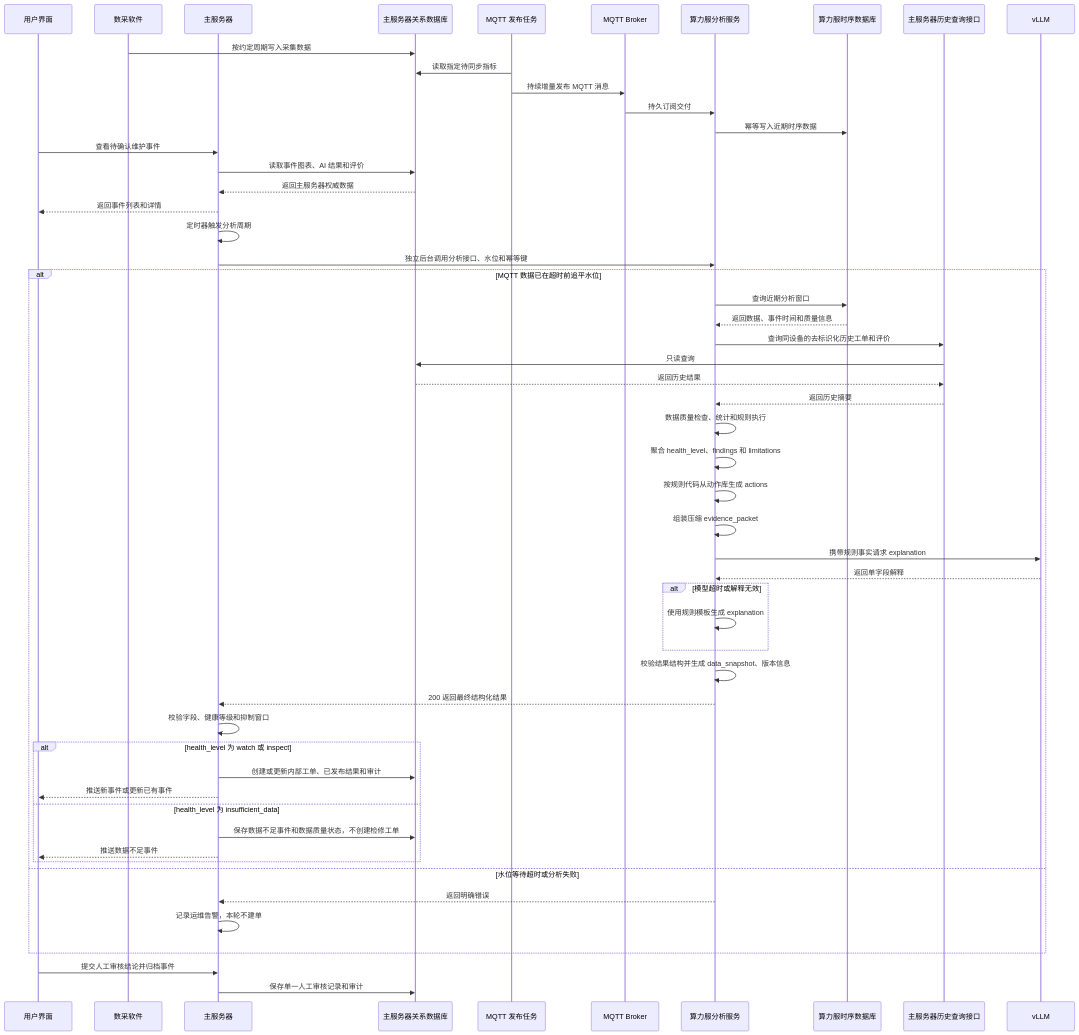
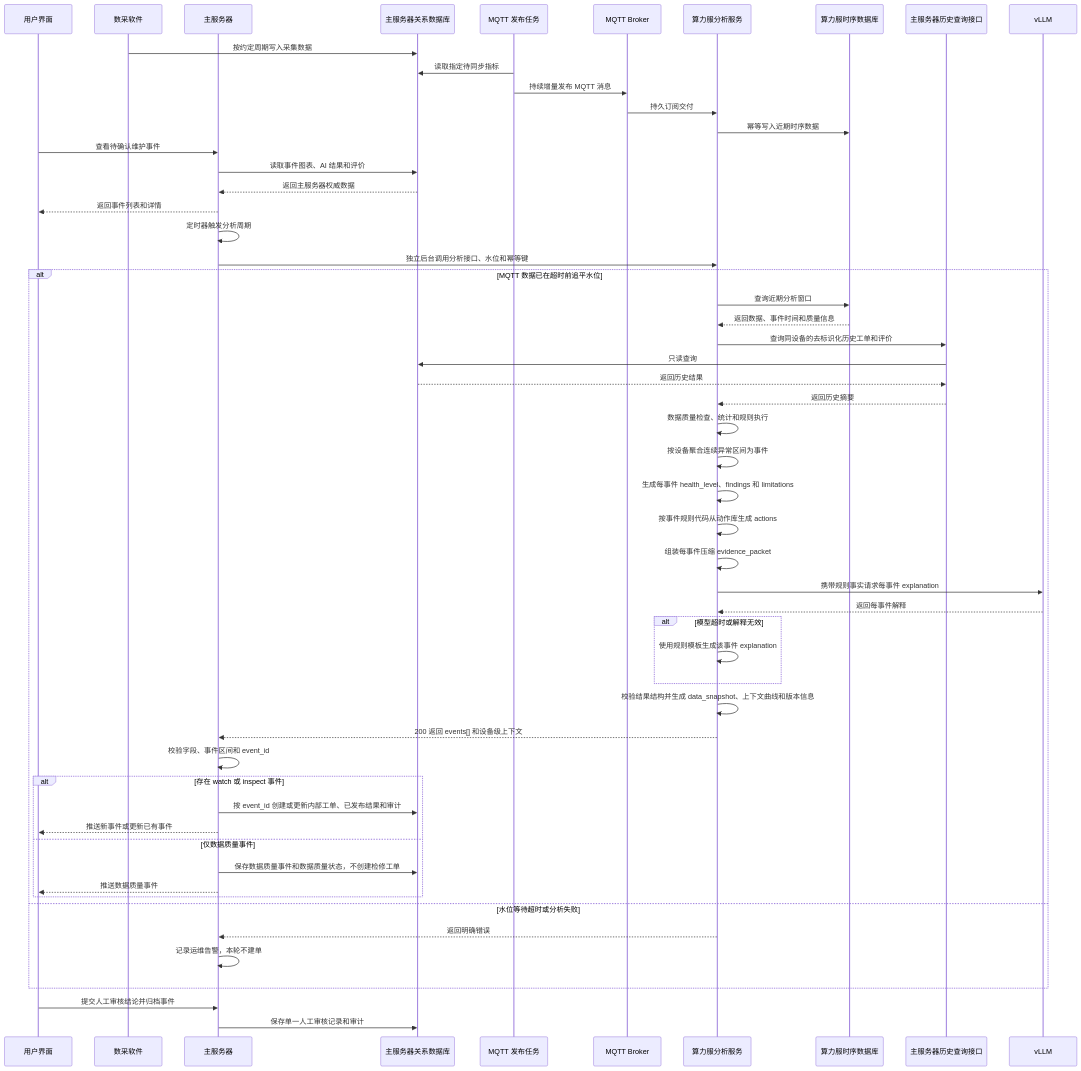
One commit to masskx/CompanyP26122 changed the second of 4 diagrams in docs/项目规划/设计文档.md. Above: the diagram before and after it, drawn with Mermaid. The commit also changed other lines of this file and 23 other files, not shown here.

````diff
--- a/docs/项目规划/设计文档.md
+++ b/docs/项目规划/设计文档.md
@@ -166,60 +180,61 @@
 ```mermaid
 sequenceDiagram
     participant E as 用户界面
     participant N as 数采软件
     participant M as 主服务器
     participant P as 主服务器关系数据库
     participant X as MQTT 发布任务
     participant Q as MQTT Broker
     participant C as 算力服分析服务
     participant T as 算力服时序数据库
     participant H as 主服务器历史查询接口
     participant L as vLLM
 
     N->>P: 按约定周期写入采集数据
     X->>P: 读取指定待同步指标
     X->>Q: 持续增量发布 MQTT 消息
     Q->>C: 持久订阅交付
     C->>T: 幂等写入近期时序数据
 
     E->>M: 查看待确认维护事件
     M->>P: 读取事件图表、AI 结果和评价
     P-->>M: 返回主服务器权威数据
     M-->>E: 返回事件列表和详情
 
     M->>M: 定时器触发分析周期
     M->>C: 独立后台调用分析接口、水位和幂等键
     alt MQTT 数据已在超时前追平水位
         C->>T: 查询近期分析窗口
         T-->>C: 返回数据、事件时间和质量信息
         C->>H: 查询同设备的去标识化历史工单和评价
         H->>P: 只读查询
         P-->>H: 返回历史结果
         H-->>C: 返回历史摘要
         C->>C: 数据质量检查、统计和规则执行
-        C->>C: 聚合 health_level、findings 和 limitations
-        C->>C: 按规则代码从动作库生成 actions
-        C->>C: 组装压缩 evidence_packet
-        C->>L: 携带规则事实请求 explanation
-        L-->>C: 返回单字段解释
+        C->>C: 按设备聚合连续异常区间为事件
+        C->>C: 生成每事件 health_level、findings 和 limitations
+        C->>C: 按事件规则代码从动作库生成 actions
+        C->>C: 组装每事件压缩 evidence_packet
+        C->>L: 携带规则事实请求每事件 explanation
+        L-->>C: 返回每事件解释
         alt 模型超时或解释无效
-            C->>C: 使用规则模板生成 explanation
+            C->>C: 使用规则模板生成该事件 explanation
         end
-        C->>C: 校验结果结构并生成 data_snapshot、版本信息
-        C-->>M: 200 返回最终结构化结果
-        M->>M: 校验字段、健康等级和抑制窗口
-        alt health_level 为 watch 或 inspect
-            M->>P: 创建或更新内部工单、已发布结果和审计
+        C->>C: 校验结果结构并生成 data_snapshot、上下文曲线和版本信息
+        C-->>M: 200 返回 events[] 和设备级上下文
+        M->>M: 校验字段、事件区间和 event_id
+        alt 存在 watch 或 inspect 事件
+            M->>P: 按 event_id 创建或更新内部工单、已发布结果和审计
             M-->>E: 推送新事件或更新已有事件
-        else health_level 为 insufficient_data
-            M->>P: 保存数据不足事件和数据质量状态，不创建检修工单
-            M-->>E: 推送数据不足事件
+        else 仅数据质量事件
+            M->>P: 保存数据质量事件和数据质量状态，不创建检修工单
+            M-->>E: 推送数据质量事件
         end
     else 水位等待超时或分析失败
         C-->>M: 返回明确错误
         M->>M: 记录运维告警，本轮不建单
     end
 
     E->>M: 提交人工审核结论并归档事件
     M->>P: 保存单一人工审核记录和审计
 ```
````
